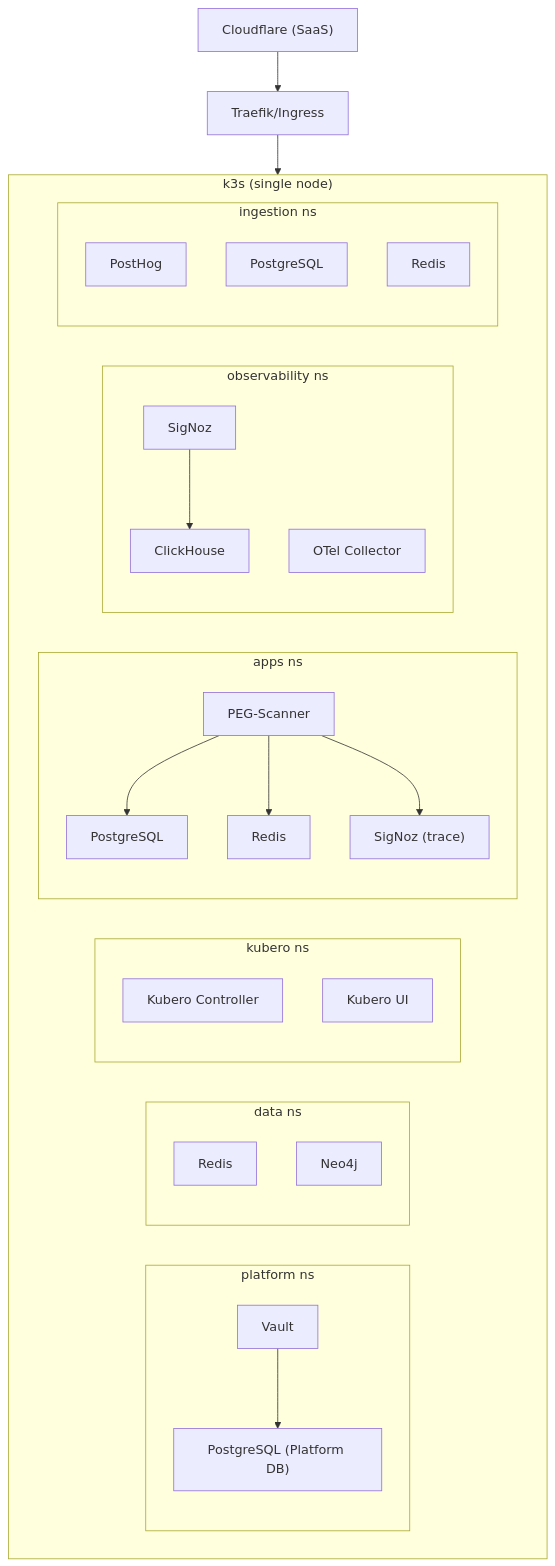
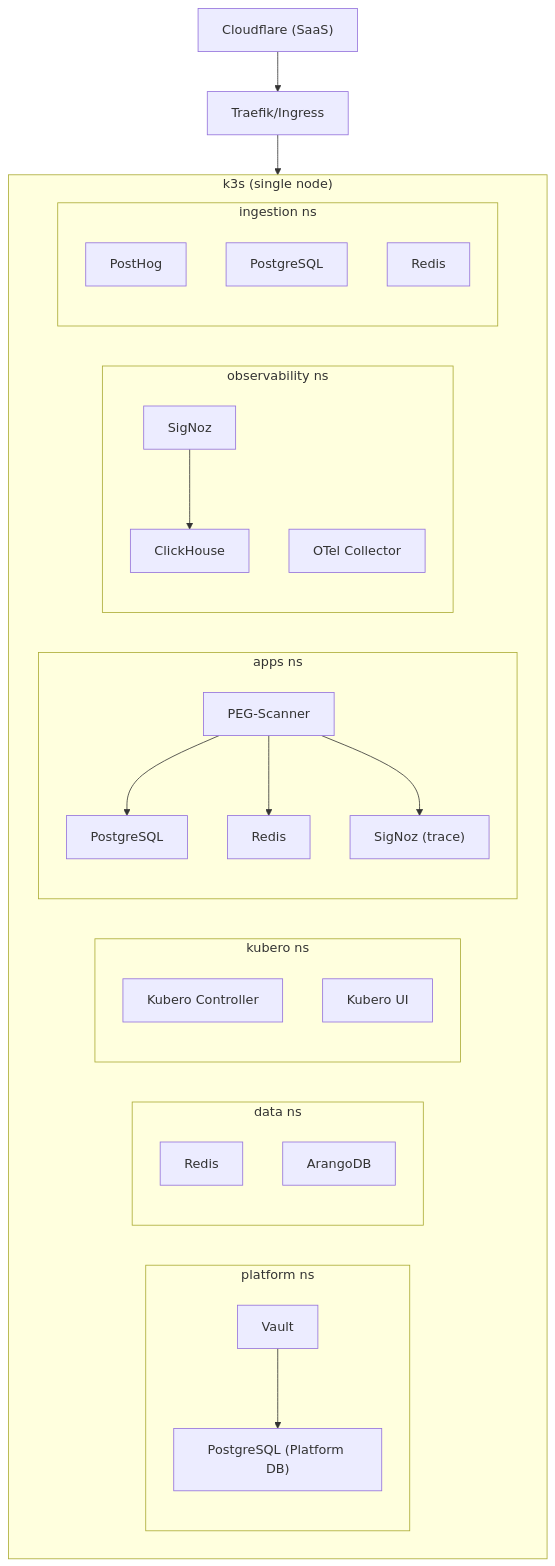
The diagram in docs/project/BRN-004.md (wangzitian0/infra), drawn with Mermaid before and after one commit. The commit also changed other lines of this file and 4 other files, not shown here.

````diff
--- a/docs/project/BRN-004.md
+++ b/docs/project/BRN-004.md
@@ -216,42 +216,42 @@
 ```mermaid
 flowchart TB
     Cloudflare["Cloudflare (SaaS)"] --> Traefik["Traefik/Ingress"]
 
     subgraph K3s["k3s (single node)"]
         subgraph PlatformNS["platform ns"]
             Vault["Vault"] --> PlatformPG["PostgreSQL (Platform DB)"]
         end
 
         subgraph DataNS["data ns"]
             Redis["Redis"]
-            Neo4j["Neo4j"]
+            ArangoDB["ArangoDB"]
         end
 
         subgraph KuberoNS["kubero ns"]
             KuberoCtrl["Kubero Controller"]
             KuberoUI["Kubero UI"]
         end
 
         subgraph AppsNS["apps ns"]
             Peg["PEG-Scanner"]
             Peg --> AppPG["PostgreSQL"]
             Peg --> AppRedis["Redis"]
             Peg --> SigNozTrace["SigNoz (trace)"]
         end
 
         subgraph ObsNS["observability ns"]
             SigNoz["SigNoz"]
             ClickHouse["ClickHouse"]
             OTel["OTel Collector"]
             SigNoz --> ClickHouse
         end
 
         subgraph IngestNS["ingestion ns"]
             PostHog["PostHog"]
             IngestPG["PostgreSQL"]
             IngestRedis["Redis"]
         end
     end
 
     Traefik --> K3s
 ```
````
